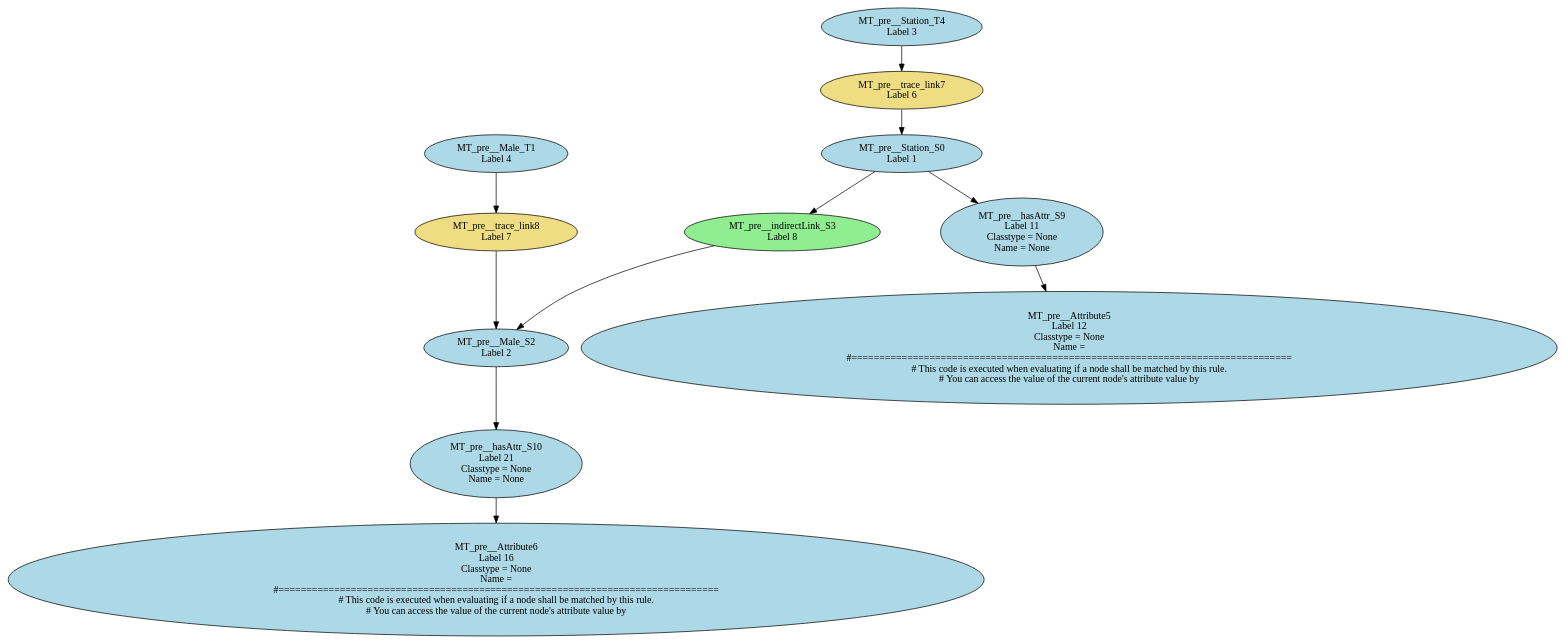
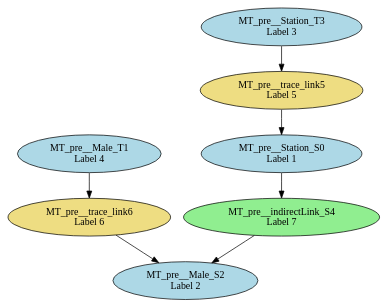
The diagram in dot/ruleCombinator_match_HSM2SM_combine_1LHS.dot (levilucio/SyVOLT), drawn with Graphviz before and after one commit. The commit also changed 30 other files, not shown here.

```diff
--- a/dot/ruleCombinator_match_HSM2SM_combine_1LHS.dot
+++ b/dot/ruleCombinator_match_HSM2SM_combine_1LHS.dot
@@ -1,35 +1,15 @@
 digraph ruleCombinator_match_HSM2SM_combine_1LHS {
 "MT_pre__Station_S0\n Label 1" [style=filled, fillcolor=lightblue];
 "MT_pre__Male_T1\n Label 4" [style=filled, fillcolor=lightblue];
 "MT_pre__Male_S2\n Label 2" [style=filled, fillcolor=lightblue];
-"MT_pre__indirectLink_S3\n Label 8" [style=filled, fillcolor=lightgreen];
-"MT_pre__Station_T4\n Label 3" [style=filled, fillcolor=lightblue];
-"MT_pre__Attribute5\n Label 12\n Classtype = None\n Name = 
-#===============================================================================
-# This code is executed when evaluating if a node shall be matched by this rule.
-# You can access the value of the current node's attribute value by" [style=filled, fillcolor=lightblue];
-"MT_pre__Attribute6\n Label 16\n Classtype = None\n Name = 
-#===============================================================================
-# This code is executed when evaluating if a node shall be matched by this rule.
-# You can access the value of the current node's attribute value by" [style=filled, fillcolor=lightblue];
-"MT_pre__trace_link7\n Label 6" [style=filled, fillcolor=lightgoldenrod];
-"MT_pre__trace_link8\n Label 7" [style=filled, fillcolor=lightgoldenrod];
-"MT_pre__hasAttr_S9\n Label 11\n Classtype = None\n Name = None" [style=filled, fillcolor=lightblue];
-"MT_pre__hasAttr_S10\n Label 21\n Classtype = None\n Name = None" [style=filled, fillcolor=lightblue];
-"MT_pre__hasAttr_S9\n Label 11\n Classtype = None\n Name = None" -> "MT_pre__Attribute5\n Label 12\n Classtype = None\n Name = 
-#===============================================================================
-# This code is executed when evaluating if a node shall be matched by this rule.
-# You can access the value of the current node's attribute value by";
-"MT_pre__hasAttr_S10\n Label 21\n Classtype = None\n Name = None" -> "MT_pre__Attribute6\n Label 16\n Classtype = None\n Name = 
-#===============================================================================
-# This code is executed when evaluating if a node shall be matched by this rule.
-# You can access the value of the current node's attribute value by";
-"MT_pre__trace_link7\n Label 6" -> "MT_pre__Station_S0\n Label 1";
-"MT_pre__Station_S0\n Label 1" -> "MT_pre__indirectLink_S3\n Label 8";
-"MT_pre__Station_S0\n Label 1" -> "MT_pre__hasAttr_S9\n Label 11\n Classtype = None\n Name = None";
-"MT_pre__Male_T1\n Label 4" -> "MT_pre__trace_link8\n Label 7";
-"MT_pre__indirectLink_S3\n Label 8" -> "MT_pre__Male_S2\n Label 2";
-"MT_pre__trace_link8\n Label 7" -> "MT_pre__Male_S2\n Label 2";
-"MT_pre__Male_S2\n Label 2" -> "MT_pre__hasAttr_S10\n Label 21\n Classtype = None\n Name = None";
-"MT_pre__Station_T4\n Label 3" -> "MT_pre__trace_link7\n Label 6";
+"MT_pre__Station_T3\n Label 3" [style=filled, fillcolor=lightblue];
+"MT_pre__indirectLink_S4\n Label 7" [style=filled, fillcolor=lightgreen];
+"MT_pre__trace_link5\n Label 5" [style=filled, fillcolor=lightgoldenrod];
+"MT_pre__trace_link6\n Label 6" [style=filled, fillcolor=lightgoldenrod];
+"MT_pre__trace_link5\n Label 5" -> "MT_pre__Station_S0\n Label 1";
+"MT_pre__Station_S0\n Label 1" -> "MT_pre__indirectLink_S4\n Label 7";
+"MT_pre__Male_T1\n Label 4" -> "MT_pre__trace_link6\n Label 6";
+"MT_pre__trace_link6\n Label 6" -> "MT_pre__Male_S2\n Label 2";
+"MT_pre__indirectLink_S4\n Label 7" -> "MT_pre__Male_S2\n Label 2";
+"MT_pre__Station_T3\n Label 3" -> "MT_pre__trace_link5\n Label 5";
 }
```
